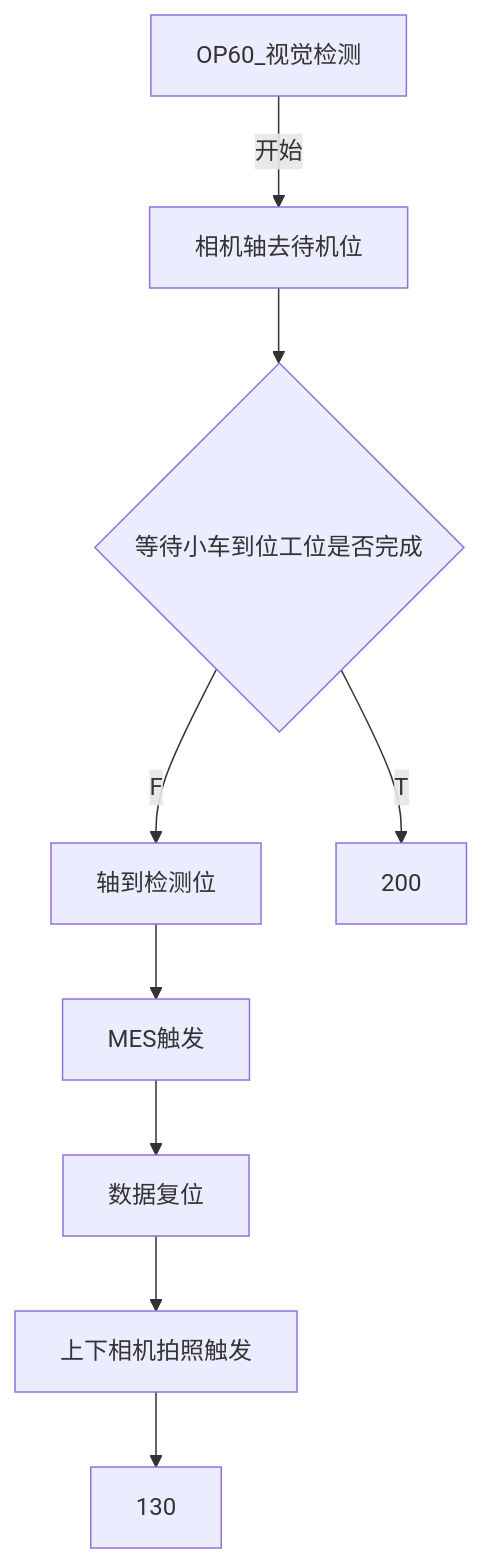
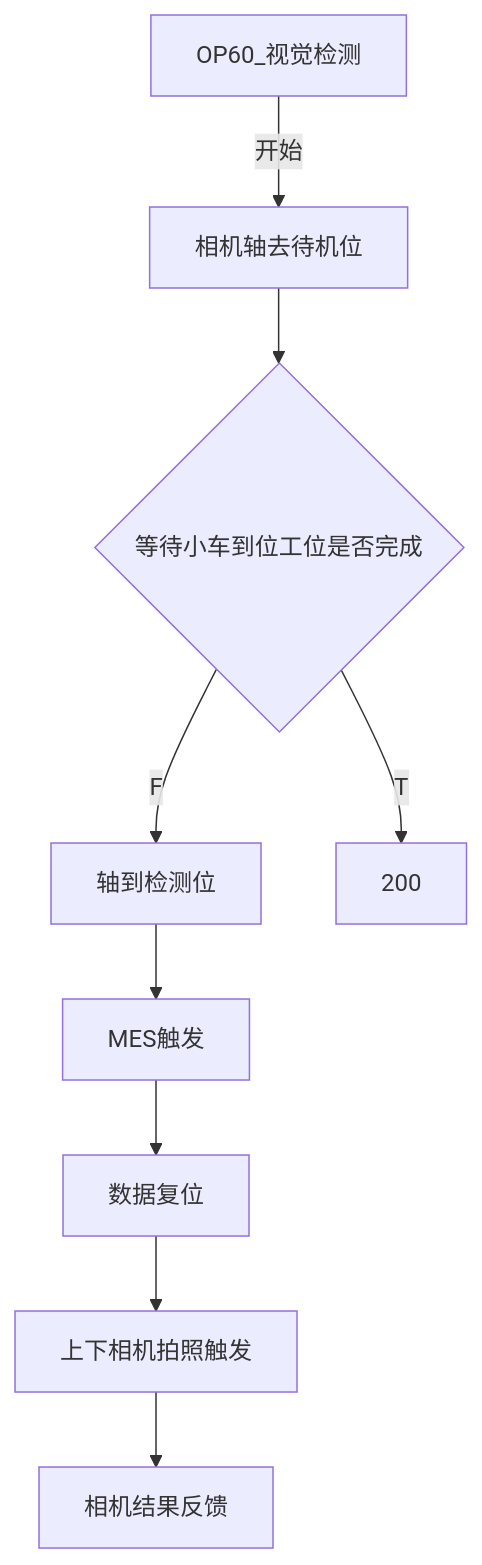
One commit to zmq000/iodraw-files changed the diagram in all/未命名.md. Above: the diagram before and after it, drawn with Mermaid.

Commit message:
2026-06-17 14:30:28 update

````diff
--- a/all/未命名.md
+++ b/all/未命名.md
@@ -1,14 +1,15 @@
 ```mermaid
 graph TD
    0[OP60_视觉检测]-->|开始|10
    10[相机轴去待机位]-->20
    20{等待小车到位工位是否完成}-->|F|100
    20-->|T|200
    100[轴到检测位]-->105
    105[MES触发]-->110
    110[数据复位]-->120
    120[上下相机拍照触发]-->130
+   130[相机结果反馈]
 
 
    
 ```
````
